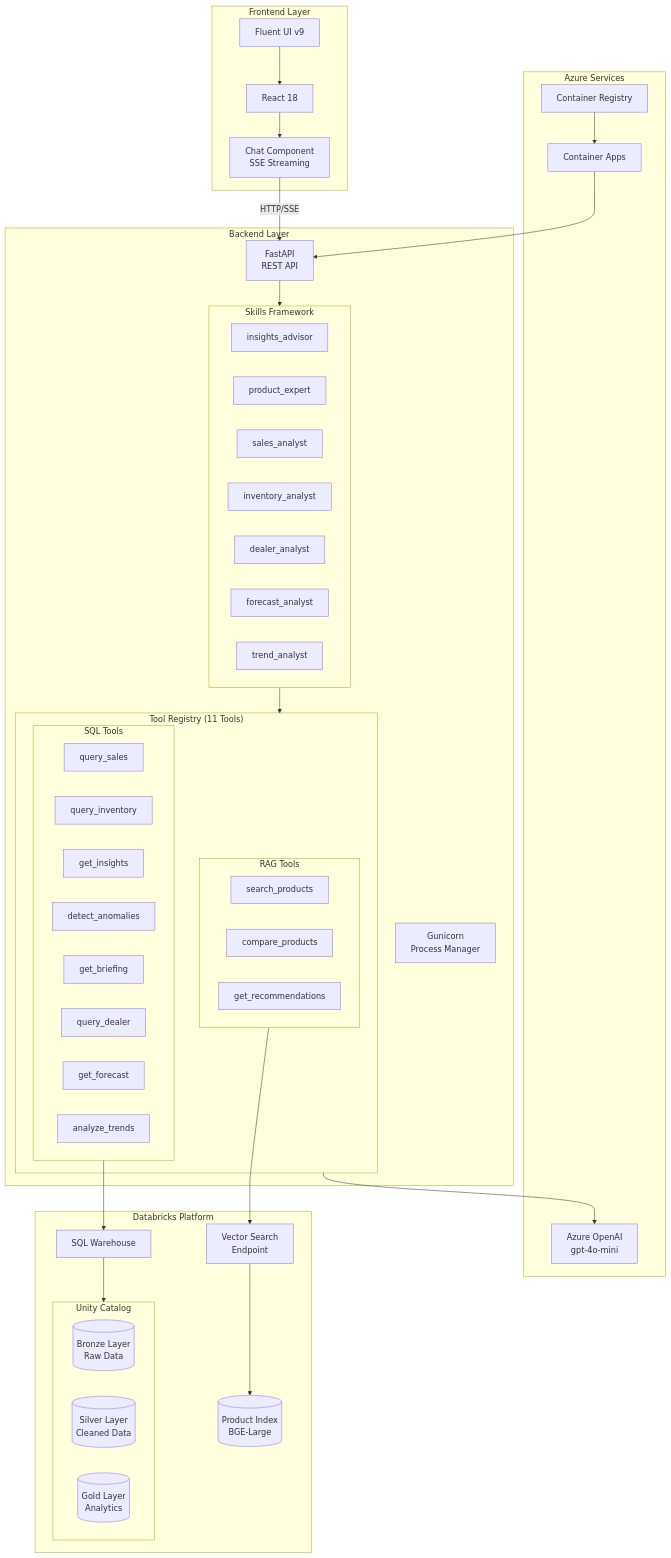
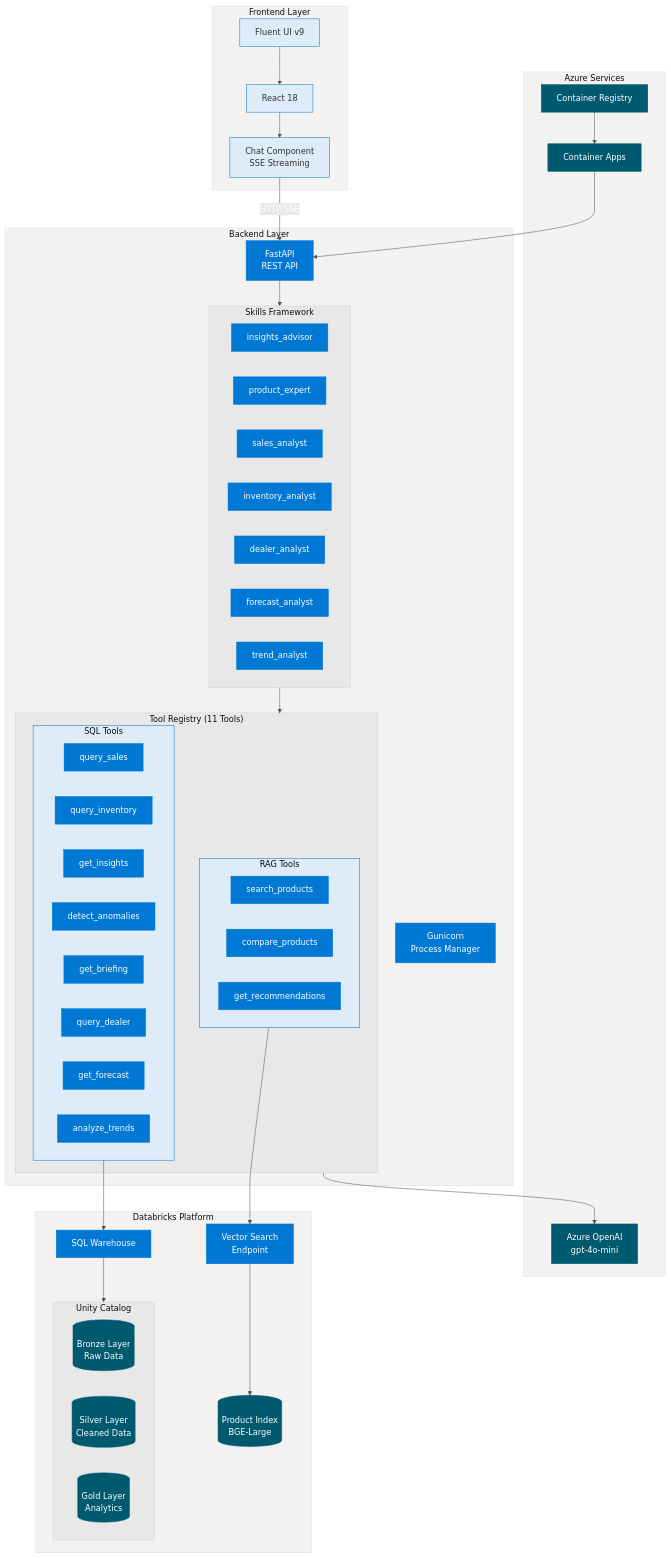
Before and after one commit to blanskiy/stihl-agent-ui: the third of 5 diagrams in README.md, drawn with Mermaid. The commit also changed other lines of this file, not shown here.

First line of the commit message:
Revise diagrams and update last modified date

````diff
--- a/README.md
+++ b/README.md
@@ -127,4 +142,5 @@
 ```mermaid
+%%{init: {'theme': 'base', 'themeVariables': { 'primaryColor': '#0078D4', 'primaryTextColor': '#ffffff', 'primaryBorderColor': '#0078D4', 'lineColor': '#505050', 'secondaryColor': '#E8E8E8', 'tertiaryColor': '#F3F2F1', 'fontFamily': 'Segoe UI, sans-serif'}}}%%
 flowchart TB
     subgraph Frontend["Frontend Layer"]
         React[React 18]
@@ -194,4 +210,46 @@
     VectorEndpoint --> VectorIndex
     ACA --> FastAPI
     ACR --> ACA
+
+    style Frontend fill:#F3F2F1,stroke:#E1DFDD,stroke-width:1px
+    style Backend fill:#F3F2F1,stroke:#E1DFDD,stroke-width:1px
+    style Azure fill:#F3F2F1,stroke:#E1DFDD,stroke-width:1px
+    style Databricks fill:#F3F2F1,stroke:#E1DFDD,stroke-width:1px
+    style Skills fill:#E8E8E8,stroke:#D1D1D1,stroke-width:1px
+    style ToolRegistry fill:#E8E8E8,stroke:#D1D1D1,stroke-width:1px
+    style SQLTools fill:#DEECF9,stroke:#0078D4,stroke-width:1px
+    style RAGTools fill:#DEECF9,stroke:#0078D4,stroke-width:1px
+    style Unity fill:#E8E8E8,stroke:#D1D1D1,stroke-width:1px
+    style React fill:#DEECF9,stroke:#0078D4,stroke-width:1px,color:#323130
+    style Fluent fill:#DEECF9,stroke:#0078D4,stroke-width:1px,color:#323130
+    style Chat fill:#DEECF9,stroke:#0078D4,stroke-width:1px,color:#323130
+    style FastAPI fill:#0078D4,stroke:#0078D4,stroke-width:1px,color:#ffffff
+    style Gunicorn fill:#0078D4,stroke:#0078D4,stroke-width:1px,color:#ffffff
+    style IA fill:#0078D4,stroke:#0078D4,stroke-width:1px,color:#ffffff
+    style PE fill:#0078D4,stroke:#0078D4,stroke-width:1px,color:#ffffff
+    style SA fill:#0078D4,stroke:#0078D4,stroke-width:1px,color:#ffffff
+    style INV fill:#0078D4,stroke:#0078D4,stroke-width:1px,color:#ffffff
+    style DA fill:#0078D4,stroke:#0078D4,stroke-width:1px,color:#ffffff
+    style FA fill:#0078D4,stroke:#0078D4,stroke-width:1px,color:#ffffff
+    style TA fill:#0078D4,stroke:#0078D4,stroke-width:1px,color:#ffffff
+    style T1 fill:#0078D4,stroke:#0078D4,stroke-width:1px,color:#ffffff
+    style T2 fill:#0078D4,stroke:#0078D4,stroke-width:1px,color:#ffffff
+    style T3 fill:#0078D4,stroke:#0078D4,stroke-width:1px,color:#ffffff
+    style T4 fill:#0078D4,stroke:#0078D4,stroke-width:1px,color:#ffffff
+    style T5 fill:#0078D4,stroke:#0078D4,stroke-width:1px,color:#ffffff
+    style T6 fill:#0078D4,stroke:#0078D4,stroke-width:1px,color:#ffffff
+    style T7 fill:#0078D4,stroke:#0078D4,stroke-width:1px,color:#ffffff
+    style T8 fill:#0078D4,stroke:#0078D4,stroke-width:1px,color:#ffffff
+    style T9 fill:#0078D4,stroke:#0078D4,stroke-width:1px,color:#ffffff
+    style T10 fill:#0078D4,stroke:#0078D4,stroke-width:1px,color:#ffffff
+    style T11 fill:#0078D4,stroke:#0078D4,stroke-width:1px,color:#ffffff
+    style AOAI fill:#005A6F,stroke:#005A6F,stroke-width:1px,color:#ffffff
+    style ACA fill:#005A6F,stroke:#005A6F,stroke-width:1px,color:#ffffff
+    style ACR fill:#005A6F,stroke:#005A6F,stroke-width:1px,color:#ffffff
+    style Bronze fill:#005A6F,stroke:#005A6F,stroke-width:1px,color:#ffffff
+    style Silver fill:#005A6F,stroke:#005A6F,stroke-width:1px,color:#ffffff
+    style Gold fill:#005A6F,stroke:#005A6F,stroke-width:1px,color:#ffffff
+    style SQLEndpoint fill:#0078D4,stroke:#0078D4,stroke-width:1px,color:#ffffff
+    style VectorEndpoint fill:#0078D4,stroke:#0078D4,stroke-width:1px,color:#ffffff
+    style VectorIndex fill:#005A6F,stroke:#005A6F,stroke-width:1px,color:#ffffff
 ```
````
